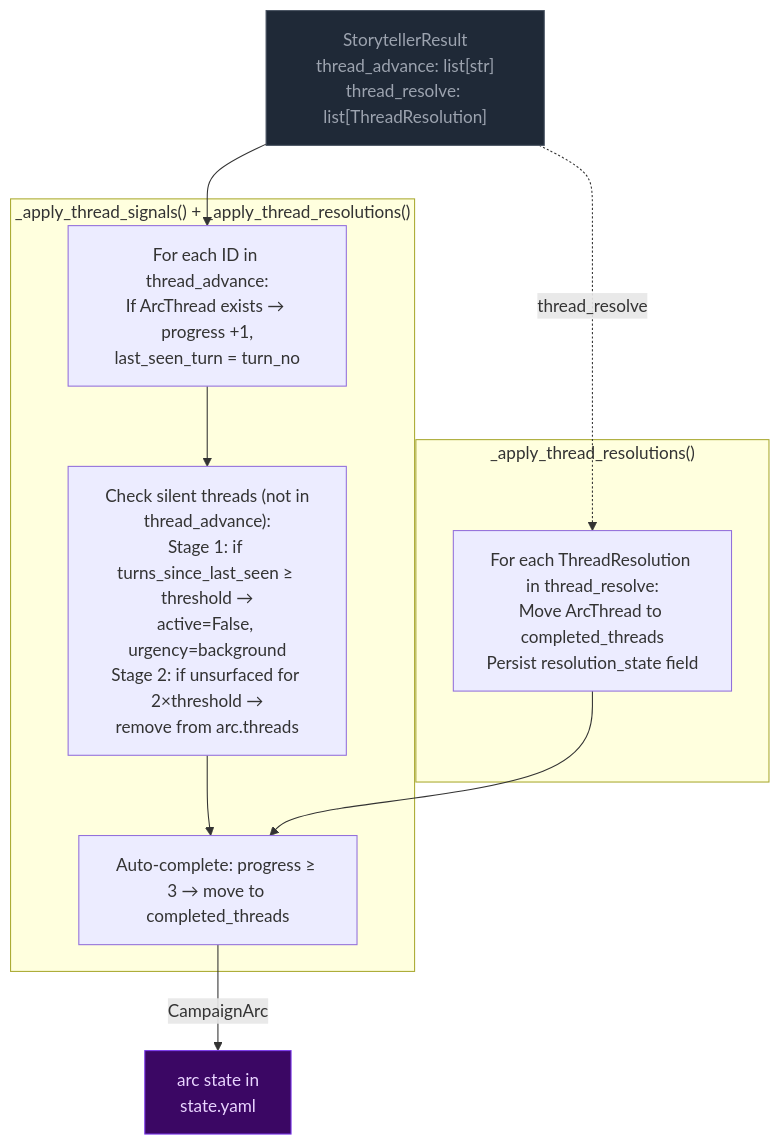
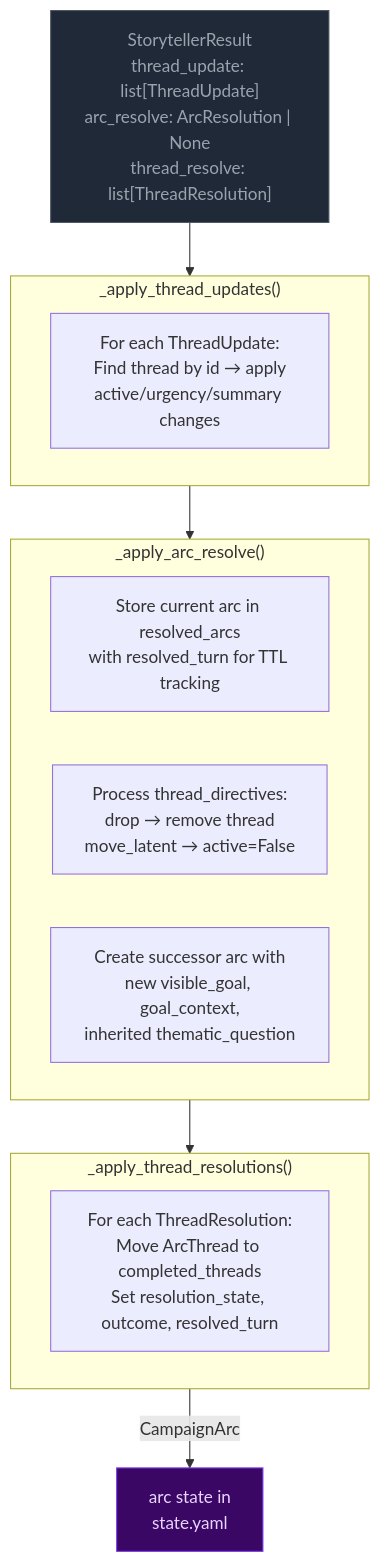
The first of 2 diagrams in docs/architecture/campaign-arcs.md (pww217/fablethread), drawn with Mermaid before and after one commit. The commit also changed other lines of this file and 14 other files, not shown here.

````diff
--- a/docs/architecture/campaign-arcs.md
+++ b/docs/architecture/campaign-arcs.md
@@ -42,22 +34,25 @@
 ```mermaid
 flowchart TD
     classDef pyNode fill:#1f2937,color:#9ca3af,stroke:#4b5563
     classDef arcNode fill:#3b0764,color:#e9d5ff,stroke:#7c3aed
 
-    PR["StorytellerResult<br>thread_advance: list[str]<br>thread_resolve: list[ThreadResolution]"]:::pyNode
+    PR["StorytellerResult<br>thread_update: list[ThreadUpdate]<br>arc_resolve: ArcResolution | None<br>thread_resolve: list[ThreadResolution]"]:::pyNode
 
-    subgraph SIGNALS["_apply_thread_signals() + _apply_thread_resolutions()"]
-        S1["For each ID in thread_advance:<br>If ArcThread exists → progress +1,<br>last_seen_turn = turn_no"]
-        S2["Check silent threads (not in<br>thread_advance):<br>Stage 1: if turns_since_last_seen ≥ threshold →<br>active=False, urgency=background<br>Stage 2: if unsurfaced for 2×threshold →<br>remove from arc.threads"]
-        S3["Auto-complete: progress ≥ 3 → move to completed_threads"]
+    subgraph UPDATES["_apply_thread_updates()"]
+        U1["For each ThreadUpdate:<br>Find thread by id → apply<br>active/urgency/summary changes"]
     end
 
-    subgraph RESOLVE["_apply_thread_resolutions()"]
-        R1["For each ThreadResolution in thread_resolve:<br>Move ArcThread to completed_threads<br>Persist resolution_state field"]
+    subgraph RESOLVE["_apply_arc_resolve()"]
+        R1["Store current arc in resolved_arcs<br>with resolved_turn for TTL tracking"]
+        R2["Process thread_directives:<br>drop → remove thread<br>move_latent → active=False"]
+        R3["Create successor arc with<br>new visible_goal, goal_context,<br>inherited thematic_question"]
     end
 
-    PR --> S1 --> S2 --> S3
-    PR -. "thread_resolve" .-> R1 --> S3
+    subgraph RESOLUTIONS["_apply_thread_resolutions()"]
+        S1["For each ThreadResolution:<br>Move ArcThread to completed_threads<br>Set resolution_state, outcome, resolved_turn"]
+    end
 
-    S3 -- "CampaignArc" --> ARC[arc state in<br>state.yaml]:::arcNode
+    PR --> UPDATES --> RESOLVE --> RESOLUTIONS
+
+    RESOLUTIONS -- "CampaignArc" --> ARC[arc state in<br>state.yaml]:::arcNode
 ```
````
